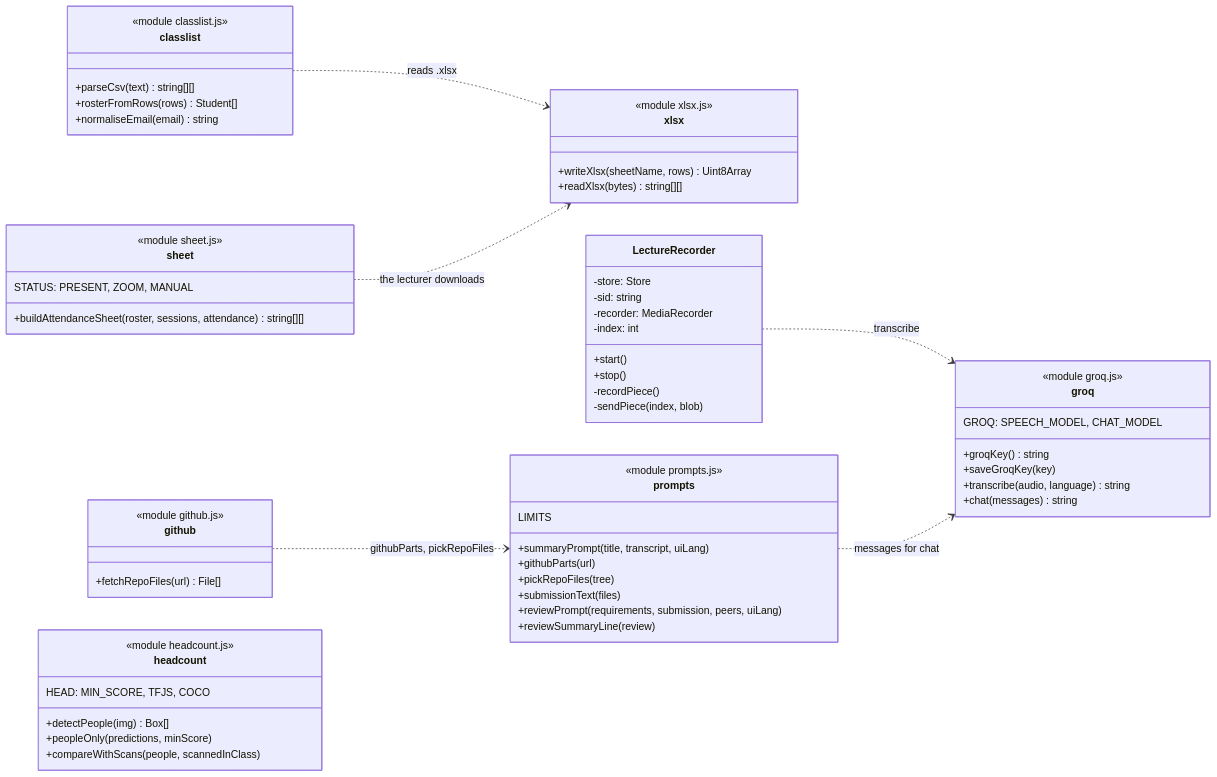
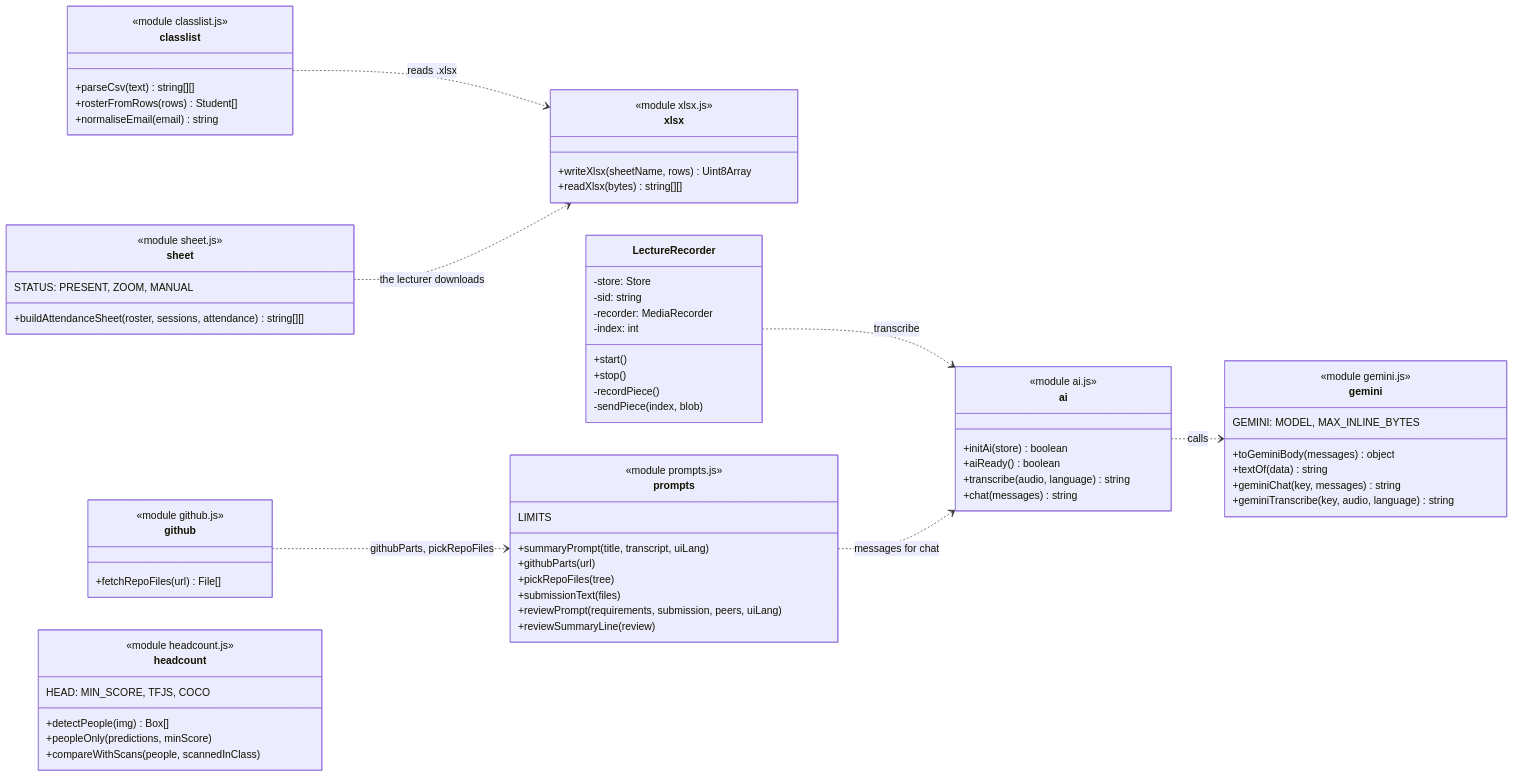
The third of 5 diagrams in docs/06_CLASS_DIAGRAMS.md (minion-dog/I2CS_Ex2-smart-class-demo), drawn with Mermaid before and after one commit. The commit also changed other lines of this file and 38 other files, not shown here.

First line of the commit message:
AI: Gemini only, built-in private key, no key field

````diff
--- a/docs/06_CLASS_DIAGRAMS.md
+++ b/docs/06_CLASS_DIAGRAMS.md
@@ -186,64 +187,72 @@
 ```mermaid
 classDiagram
     direction LR
     class classlist {
         <<module classlist.js>>
         +parseCsv(text) string[][]
         +rosterFromRows(rows) Student[]
         +normaliseEmail(email) string
     }
     class sheet {
         <<module sheet.js>>
         STATUS: PRESENT, ZOOM, MANUAL
         +buildAttendanceSheet(roster, sessions, attendance) string[][]
     }
     class xlsx {
         <<module xlsx.js>>
         +writeXlsx(sheetName, rows) Uint8Array
         +readXlsx(bytes) string[][]
     }
-    class groq {
-        <<module groq.js>>
-        GROQ: SPEECH_MODEL, CHAT_MODEL
-        +groqKey() string
-        +saveGroqKey(key)
+    class ai {
+        <<module ai.js>>
+        +initAi(store) boolean
+        +aiReady() boolean
         +transcribe(audio, language) string
         +chat(messages) string
+    }
+    class gemini {
+        <<module gemini.js>>
+        GEMINI: MODEL, MAX_INLINE_BYTES
+        +toGeminiBody(messages) object
+        +textOf(data) string
+        +geminiChat(key, messages) string
+        +geminiTranscribe(key, audio, language) string
     }
     class prompts {
         <<module prompts.js>>
         LIMITS
         +summaryPrompt(title, transcript, uiLang)
         +githubParts(url)
         +pickRepoFiles(tree)
         +submissionText(files)
         +reviewPrompt(requirements, submission, peers, uiLang)
         +reviewSummaryLine(review)
     }
     class github {
         <<module github.js>>
         +fetchRepoFiles(url) File[]
     }
     class headcount {
         <<module headcount.js>>
         HEAD: MIN_SCORE, TFJS, COCO
         +detectPeople(img) Box[]
         +peopleOnly(predictions, minScore)
         +compareWithScans(people, scannedInClass)
     }
     class LectureRecorder {
         -store: Store
         -sid: string
         -recorder: MediaRecorder
         -index: int
         +start()
         +stop()
         -recordPiece()
         -sendPiece(index, blob)
     }
     classlist ..> xlsx : reads .xlsx
     sheet ..> xlsx : the lecturer downloads
     github ..> prompts : githubParts, pickRepoFiles
-    LectureRecorder ..> groq : transcribe
-    prompts ..> groq : messages for chat
+    LectureRecorder ..> ai : transcribe
+    prompts ..> ai : messages for chat
+    ai ..> gemini : calls
 ```
````
